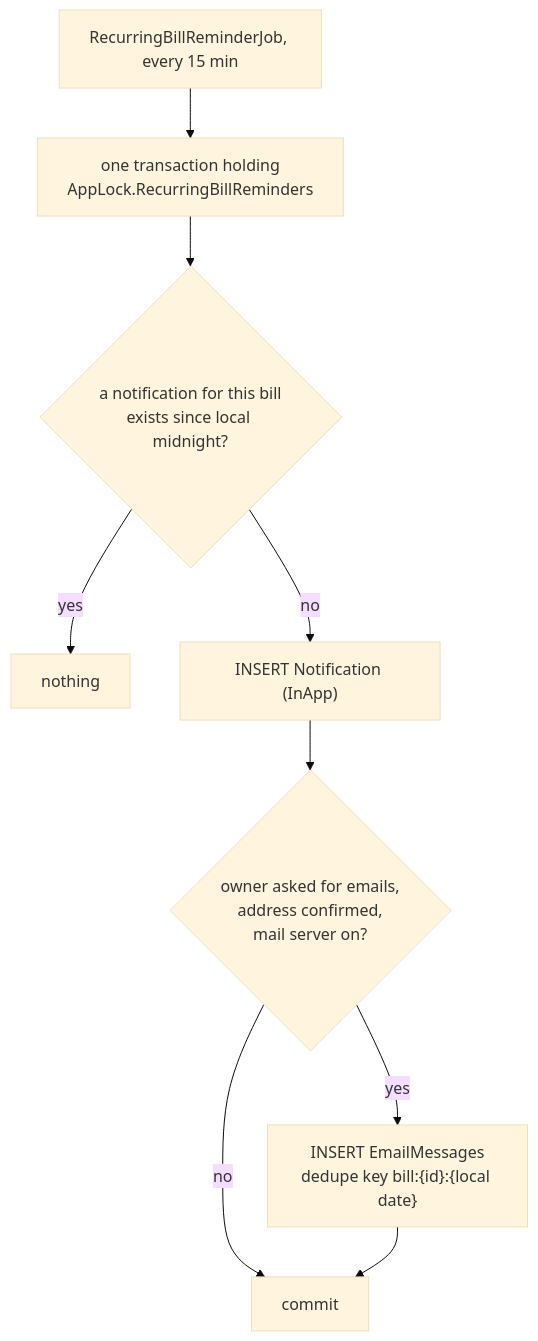
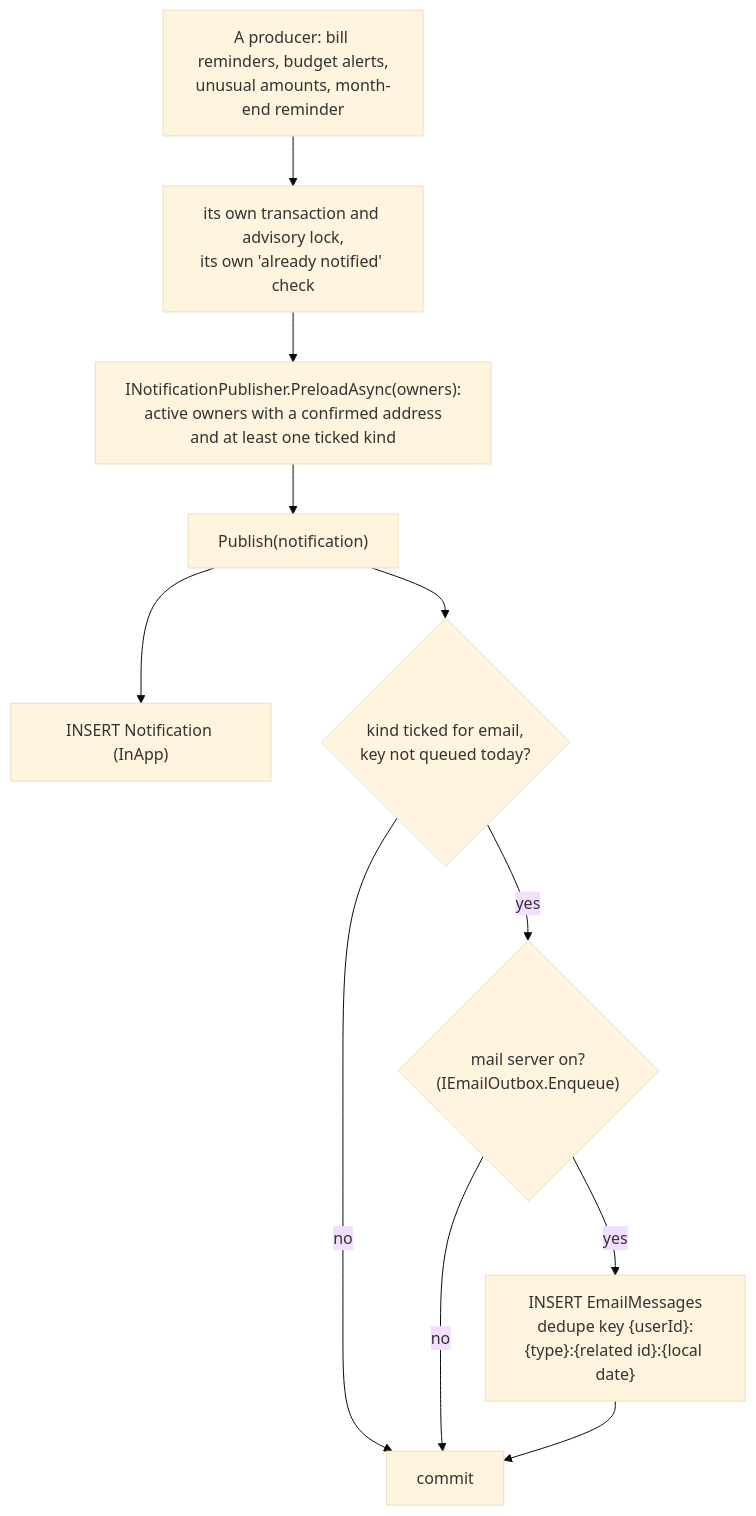
The fourth of 4 diagrams in docs/features/email.md (Justxs/Jx-Finance), drawn with Mermaid (base theme) before and after one commit. The commit also changed other lines of this file and 138 other files, not shown here.

````diff
--- a/docs/features/email.md
+++ b/docs/features/email.md
@@ -141,11 +145,13 @@
 ```mermaid
 flowchart TD
-    Scan["RecurringBillReminderJob, every 15 min"] --> Lock["one transaction holding<br/>AppLock.RecurringBillReminders"]
-    Lock --> Already{"a notification for this bill<br/>exists since local midnight?"}
-    Already -->|"yes"| Skip["nothing"]
-    Already -->|"no"| Notif["INSERT Notification (InApp)"]
-    Notif --> Wants{"owner asked for emails,<br/>address confirmed,<br/>mail server on?"}
+    Producer["A producer: bill reminders, budget alerts,<br/>unusual amounts, month-end reminder"] --> Lock["its own transaction and advisory lock,<br/>its own 'already notified' check"]
+    Lock --> Preload["INotificationPublisher.PreloadAsync(owners):<br/>active owners with a confirmed address<br/>and at least one ticked kind"]
+    Preload --> Publish["Publish(notification)"]
+    Publish --> Notif["INSERT Notification (InApp)"]
+    Publish --> Wants{"kind ticked for email,<br/>key not queued today?"}
     Wants -->|"no"| Done["commit"]
-    Wants -->|"yes"| Mail["INSERT EmailMessages<br/>dedupe key bill:{id}:{local date}"]
+    Wants -->|"yes"| Outbox{"mail server on?<br/>(IEmailOutbox.Enqueue)"}
+    Outbox -->|"no"| Done
+    Outbox -->|"yes"| Mail["INSERT EmailMessages<br/>dedupe key {userId}:{type}:{related id}:{local date}"]
     Mail --> Done
 ```
````
